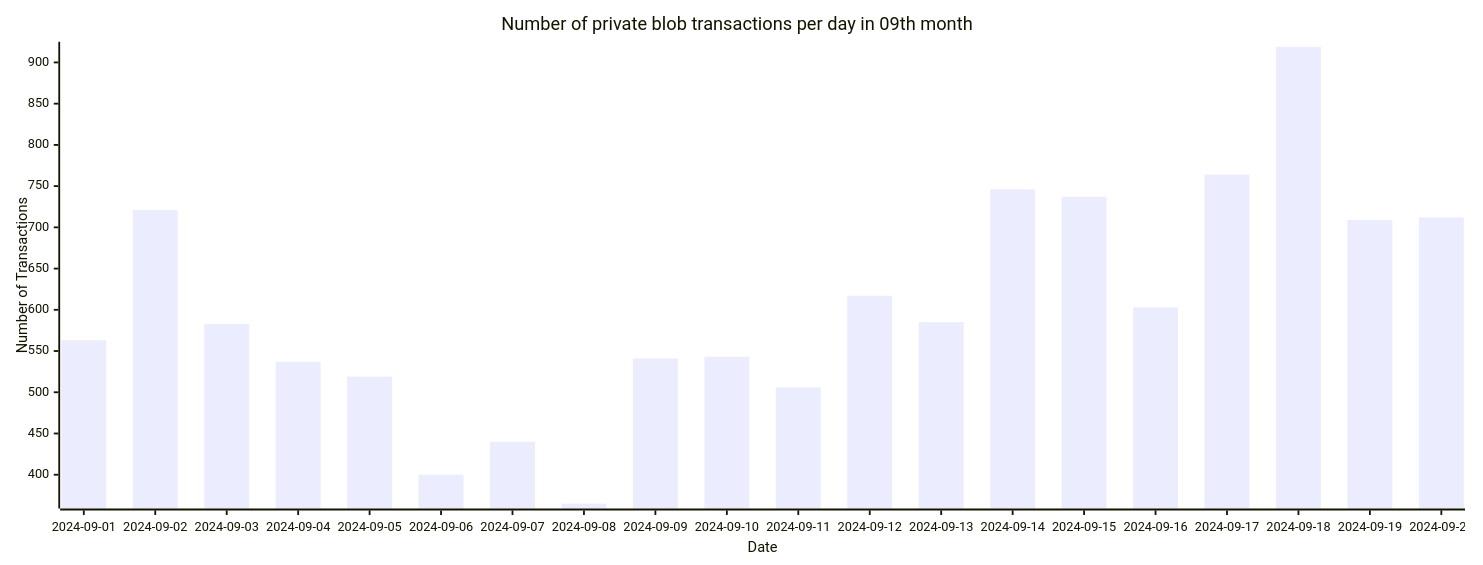
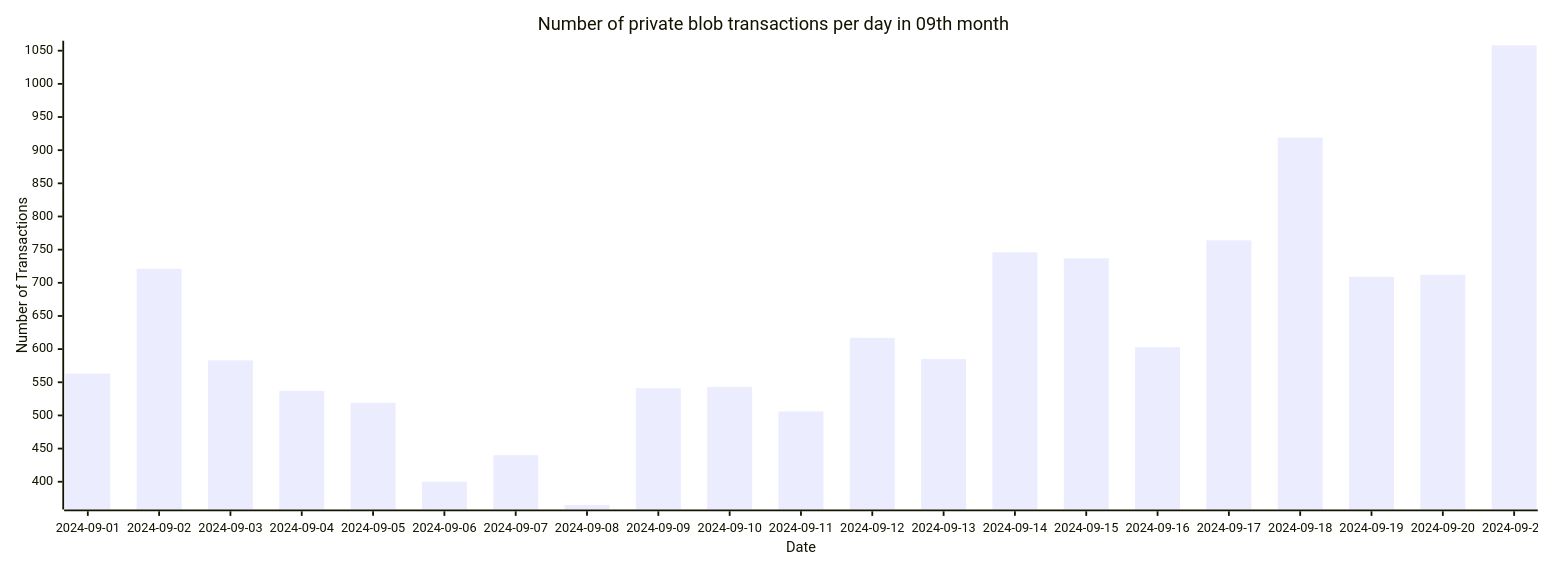
One commit to Amit0617/eip4844-data changed the seventh of 7 diagrams in README.md. Above: the diagram before and after it, drawn with Mermaid. The commit also changed 1 other file, not shown here.

````diff
--- a/README.md
+++ b/README.md
@@ -79,12 +79,12 @@
 ```mermaid
 ---
 config:
     xyChart:
-        width: 1600
+        width: 1680
         height: 600
 ---
 xychart-beta title "Number of private blob transactions per day in 09th month"
-x-axis "Date" [2024-09-01,2024-09-02,2024-09-03,2024-09-04,2024-09-05,2024-09-06,2024-09-07,2024-09-08,2024-09-09,2024-09-10,2024-09-11,2024-09-12,2024-09-13,2024-09-14,2024-09-15,2024-09-16,2024-09-17,2024-09-18,2024-09-19,2024-09-20]
+x-axis "Date" [2024-09-01,2024-09-02,2024-09-03,2024-09-04,2024-09-05,2024-09-06,2024-09-07,2024-09-08,2024-09-09,2024-09-10,2024-09-11,2024-09-12,2024-09-13,2024-09-14,2024-09-15,2024-09-16,2024-09-17,2024-09-18,2024-09-19,2024-09-20,2024-09-21]
 y-axis "Number of Transactions"
-bar[563,721,583,537,519,400,440,365,541,543,506,617,585,746,737,603,764,919,709,712]
+bar[563,721,583,537,519,400,440,365,541,543,506,617,585,746,737,603,764,919,709,712,1058]
 ```
````
